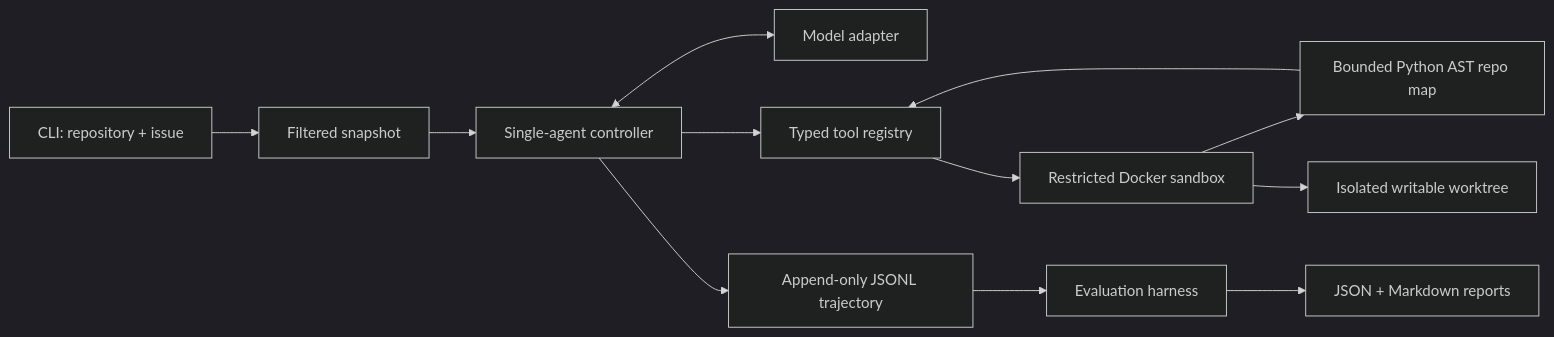
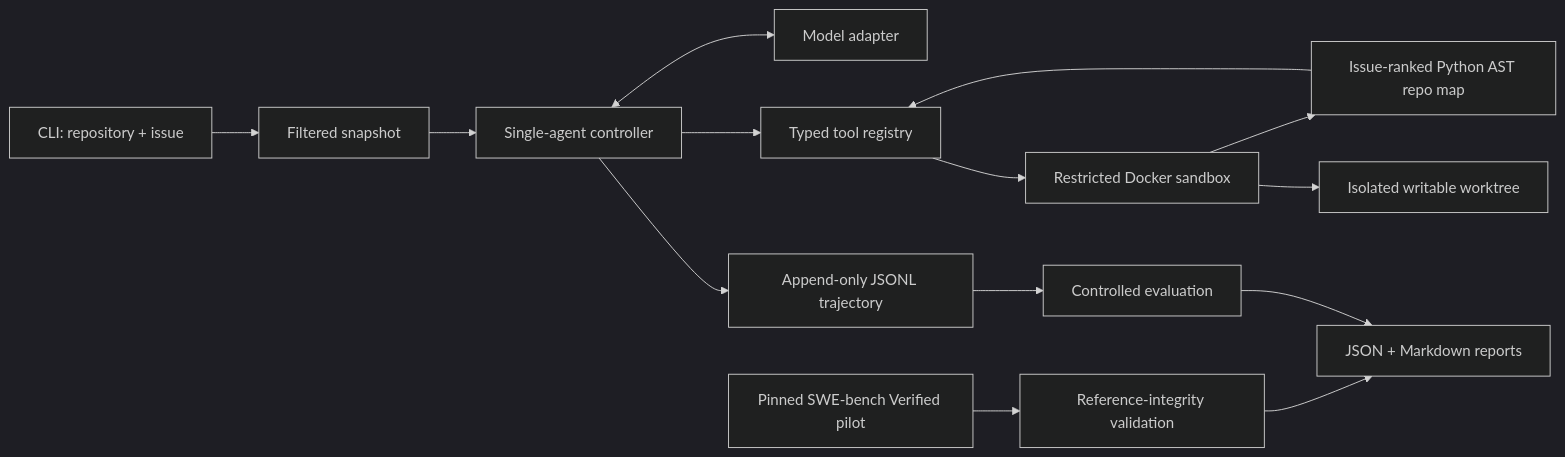
Before and after one commit to zhangxyqqq/RepoPilot: the diagram in README.md, drawn with Mermaid (dark theme). The commit also changed other lines of this file and 36 other files, not shown here.

Commit message:
Finalize RepoPilot v0.1 portfolio evaluation

````diff
--- a/README.md
+++ b/README.md
@@ -19,14 +19,16 @@
 ```mermaid
 flowchart LR
     CLI["CLI: repository + issue"] --> Stage["Filtered snapshot"]
     Stage --> Loop["Single-agent controller"]
     Loop <--> Model["Model adapter"]
     Loop --> Tools["Typed tool registry"]
     Tools --> Docker["Restricted Docker sandbox"]
-    Docker --> Map["Bounded Python AST repo map"]
+    Docker --> Map["Issue-ranked Python AST repo map"]
     Docker --> Worktree["Isolated writable worktree"]
     Map --> Tools
     Loop --> Trace["Append-only JSONL trajectory"]
-    Trace --> Eval["Evaluation harness"]
+    Trace --> Eval["Controlled evaluation"]
+    Real["Pinned SWE-bench Verified pilot"] --> RealCheck["Reference-integrity validation"]
+    RealCheck --> Reports
     Eval --> Reports["JSON + Markdown reports"]
 ```
````
